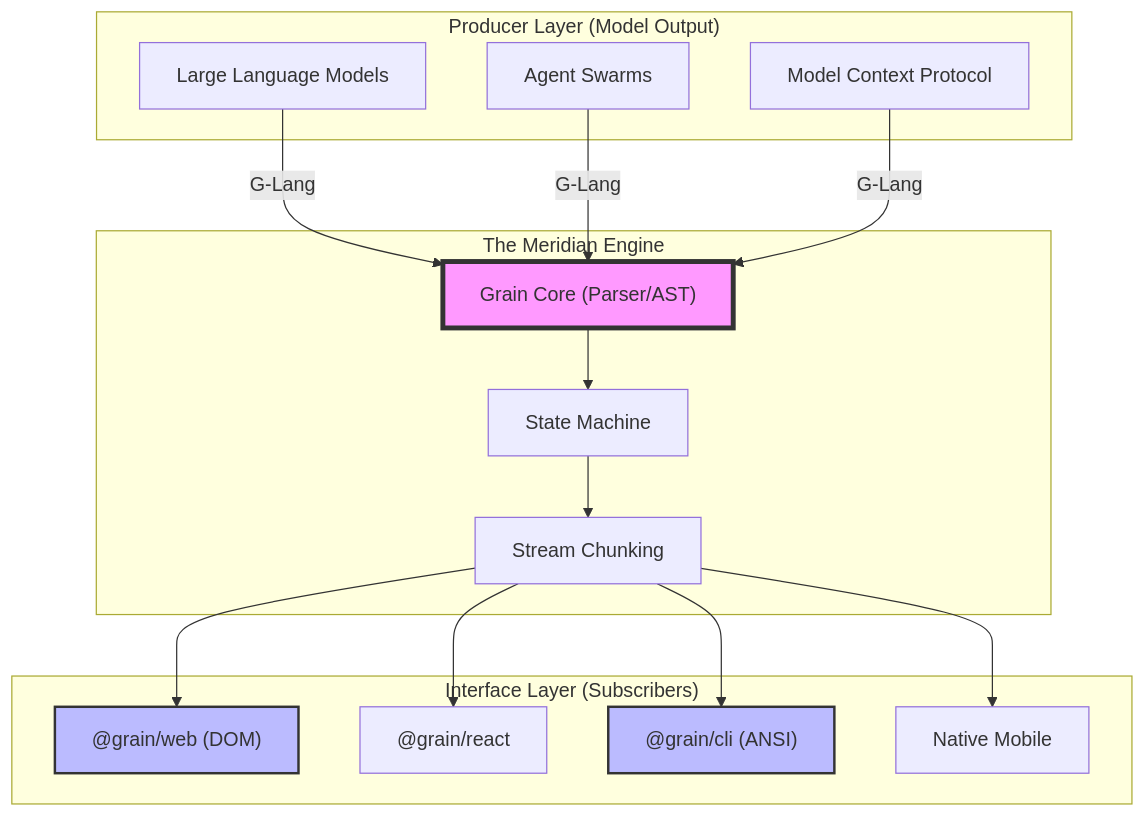
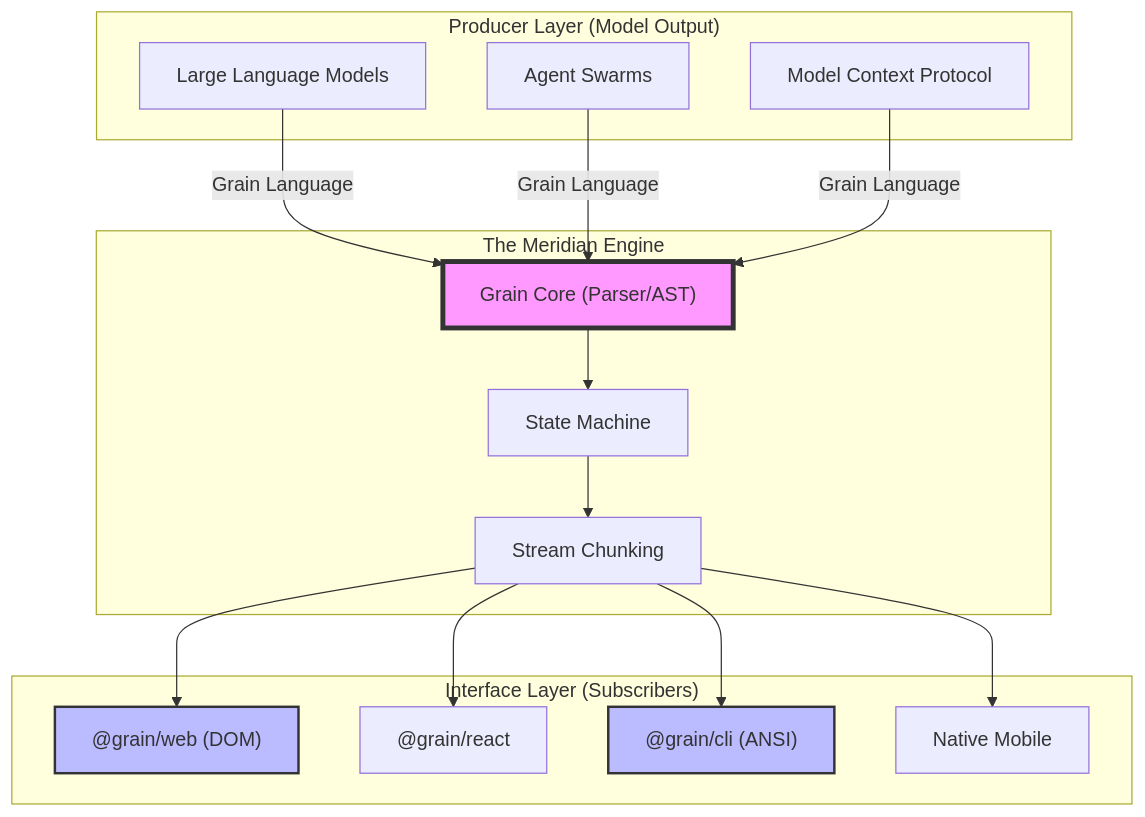
One commit to sir-ad/grain changed the diagram in README.md. Above: the diagram before and after it, drawn with Mermaid. The commit also changed other lines of this file and 6 other files, not shown here.

````diff
--- a/README.md
+++ b/README.md
@@ -85,37 +85,37 @@
 ```mermaid
 graph TD
     subgraph "Interface Layer (Subscribers)"
         Web["@grain/web (DOM)"]
         React["@grain/react"]
         CLI["@grain/cli (ANSI)"]
         Native["Native Mobile"]
     end
 
     subgraph "The Meridian Engine"
         Core["Grain Core (Parser/AST)"]
         State["State Machine"]
         Stream["Stream Chunking"]
     end
 
     subgraph "Producer Layer (Model Output)"
         LLM["Large Language Models"]
         MultiAgent["Agent Swarms"]
         MCP["Model Context Protocol"]
     end
 
-    LLM -->|G-Lang| Core
-    MultiAgent -->|G-Lang| Core
-    MCP -->|G-Lang| Core
+    LLM -->|Grain Language| Core
+    MultiAgent -->|Grain Language| Core
+    MCP -->|Grain Language| Core
 
     Core --> State
     State --> Stream
     
     Stream --> Web
     Stream --> React
     Stream --> CLI
     Stream --> Native
 
     style Core fill:#f9f,stroke:#333,stroke-width:4px
     style Web fill:#bbf,stroke:#333,stroke-width:2px
     style CLI fill:#bbf,stroke:#333,stroke-width:2px
 ```
````
